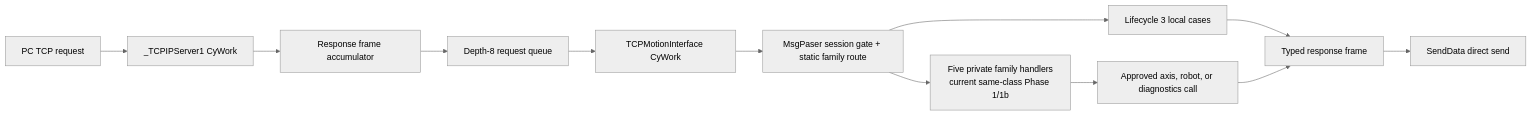
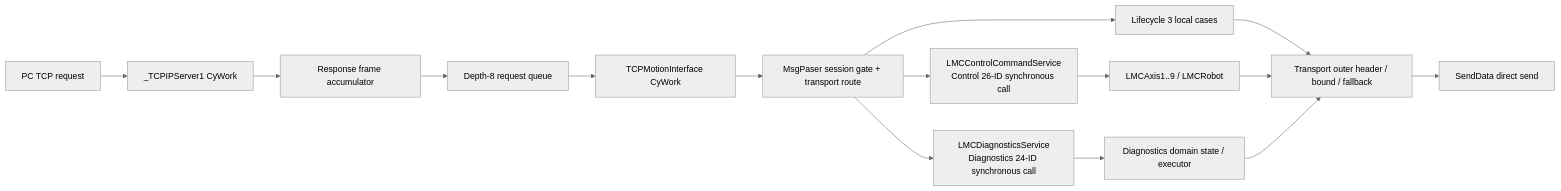
The diagram in LMC_Library/LMC_API_Delivery/docs/LASAL_CYWORK_ONLY_TCP_EXECUTION_DESIGN_2026-07-13.md (dreiven61/Elmo_Master), drawn with Mermaid (neutral theme) before and after one commit. The commit also changed other lines of this file and 2 other files, not shown here.

First line of the commit message:
docs(lasal): record Phase 5 routing validation

````diff
--- a/LMC_Library/LMC_API_Delivery/docs/LASAL_CYWORK_ONLY_TCP_EXECUTION_DESIGN_2026-07-13.md
+++ b/LMC_Library/LMC_API_Delivery/docs/LASAL_CYWORK_ONLY_TCP_EXECUTION_DESIGN_2026-07-13.md
@@ -54,14 +61,17 @@
 ```mermaid
 flowchart LR
     A["PC TCP request"] --> B["_TCPIPServer1 CyWork"]
     B --> C["Response frame accumulator"]
     C --> D["Depth-8 request queue"]
     D --> E["TCPMotionInterface CyWork"]
-    E --> F["MsgPaser session gate + static family route"]
-    F --> F2["Five private family handlers\ncurrent same-class Phase 1/1b"]
+    E --> F["MsgPaser session gate + transport route"]
     F --> L["Lifecycle 3 local cases"]
-    F2 --> G["Approved axis, robot, or diagnostics call"]
+    F --> CTRL["LMCControlCommandService\nControl 26-ID synchronous call"]
+    F --> DIAG["LMCDiagnosticsService\nDiagnostics 24-ID synchronous call"]
+    CTRL --> G["LMCAxis1..9 / LMCRobot"]
+    DIAG --> X["Diagnostics domain state / executor"]
     L --> H
-    G --> H["Typed response frame"]
+    G --> H["Transport outer header / bound / fallback"]
+    X --> H
     H --> I["SendData direct send"]
 ```
````
